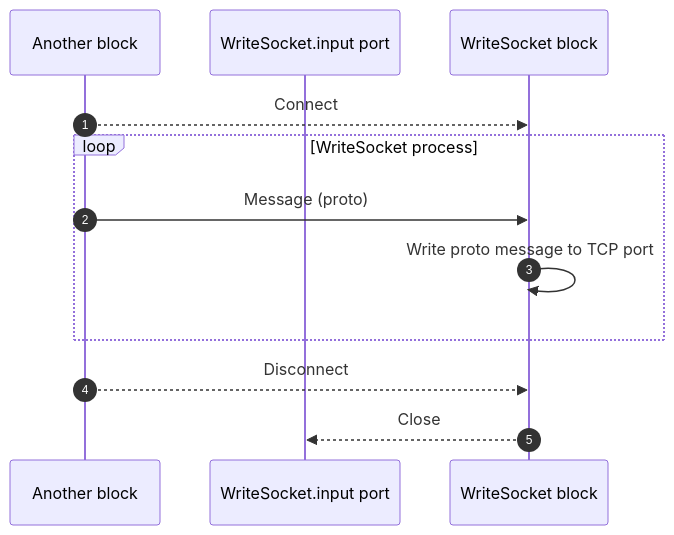
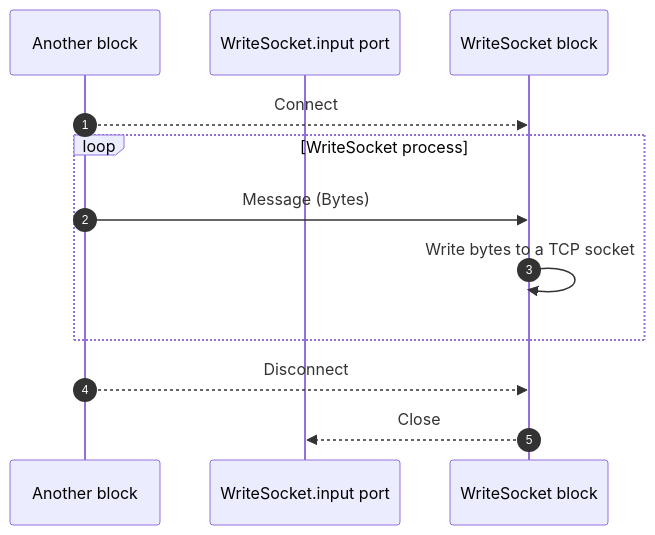
One commit to AsimovPlatform/protoflow changed the diagram in lib/protoflow-blocks/doc/sys/write_socket.seq.mmd. Above: the diagram before and after it, drawn with Mermaid. The commit also changed other lines of this file and 10 other files, not shown here.

```diff
--- a/lib/protoflow-blocks/doc/sys/write_socket.seq.mmd
+++ b/lib/protoflow-blocks/doc/sys/write_socket.seq.mmd
@@ -1,15 +1,15 @@
 sequenceDiagram
     autonumber
     participant BlockA as Another block
     participant WriteSocket.input as WriteSocket.input port
     participant WriteSocket as WriteSocket block
 
     BlockA-->>WriteSocket: Connect
 
     loop WriteSocket process
-        BlockA->>WriteSocket: Message (proto)
-        WriteSocket->>WriteSocket: Write proto message to TCP port
+        BlockA->>WriteSocket: Message (Bytes)
+        WriteSocket->>WriteSocket: Write bytes to a TCP socket
     end
 
     BlockA-->>WriteSocket: Disconnect
     WriteSocket-->>WriteSocket.input: Close
```
